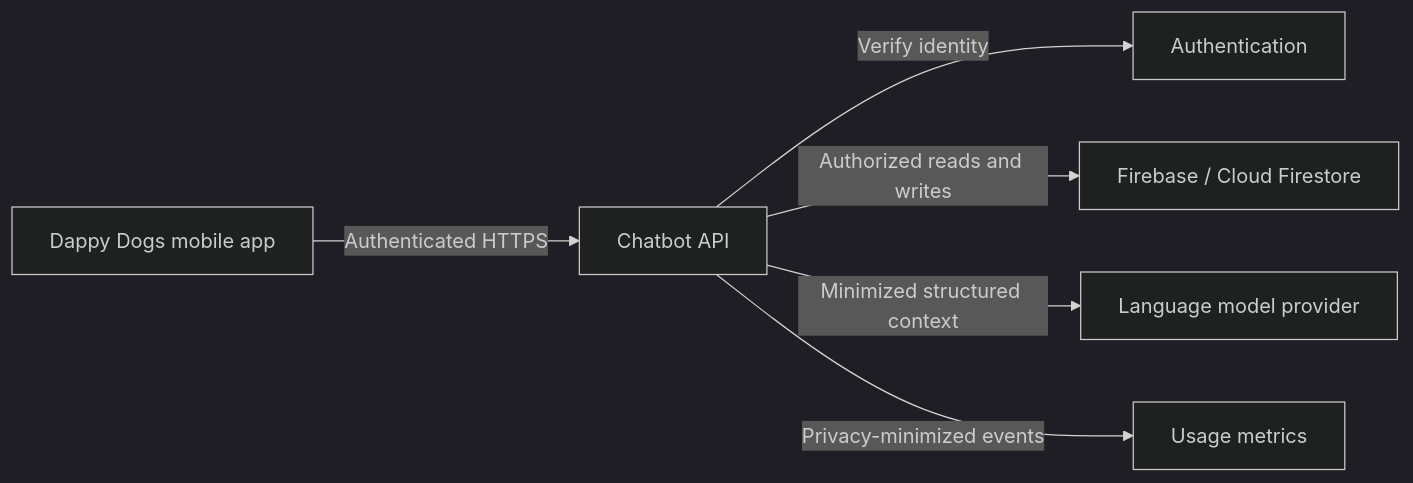
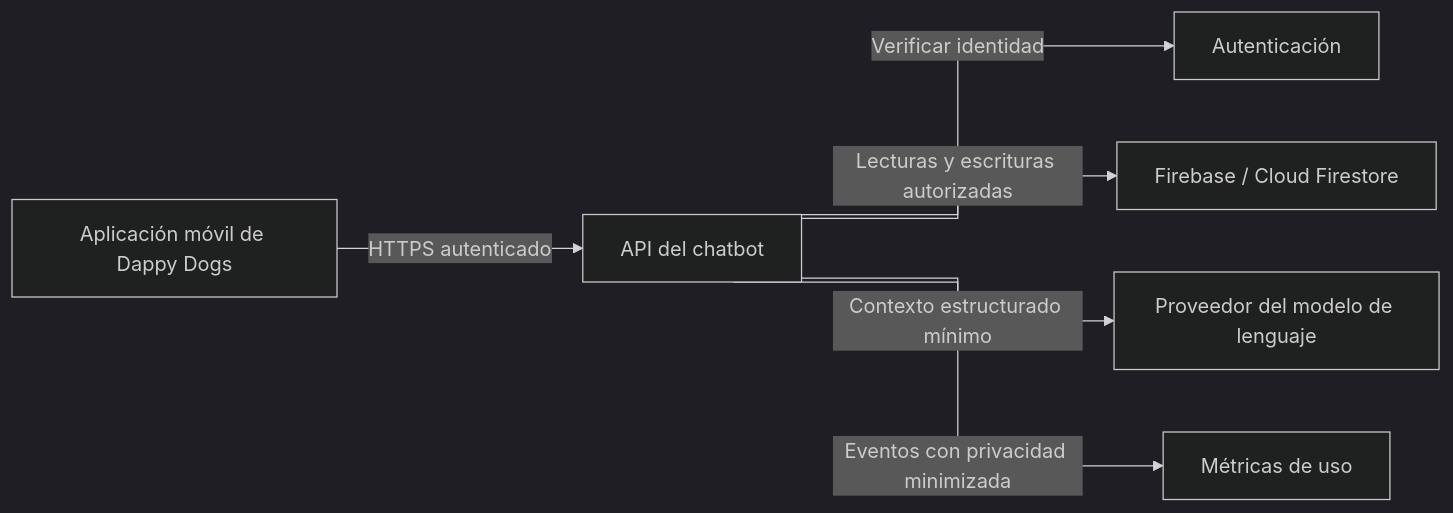
The diagram in README.md (DappyDogs/dappydogs-chatbot-api), drawn with Mermaid (dark theme) before and after one commit. The commit also changed other lines of this file and 2 other files, not shown here.

````diff
--- a/README.md
+++ b/README.md
@@ -47,15 +50,16 @@
 ```mermaid
+%%{init: {"flowchart": {"curve": "stepAfter"}}}%%
 flowchart LR
-    APP["Dappy Dogs mobile app"]
-    API["Chatbot API"]
-    AUTH["Authentication"]
+    APP["Aplicación móvil de Dappy Dogs"]
+    API["API del chatbot"]
+    AUTH["Autenticación"]
     FB["Firebase / Cloud Firestore"]
-    LLM["Language model provider"]
-    METRICS["Usage metrics"]
+    LLM["Proveedor del modelo de lenguaje"]
+    METRICS["Métricas de uso"]
 
-    APP -->|Authenticated HTTPS| API
-    API -->|Verify identity| AUTH
-    API -->|Authorized reads and writes| FB
-    API -->|Minimized structured context| LLM
-    API -->|Privacy-minimized events| METRICS
+    APP -->|HTTPS autenticado| API
+    API -->|Verificar identidad| AUTH
+    API -->|Lecturas y escrituras autorizadas| FB
+    API -->|Contexto estructurado mínimo| LLM
+    API -->|Eventos con privacidad minimizada| METRICS
 ```
````
